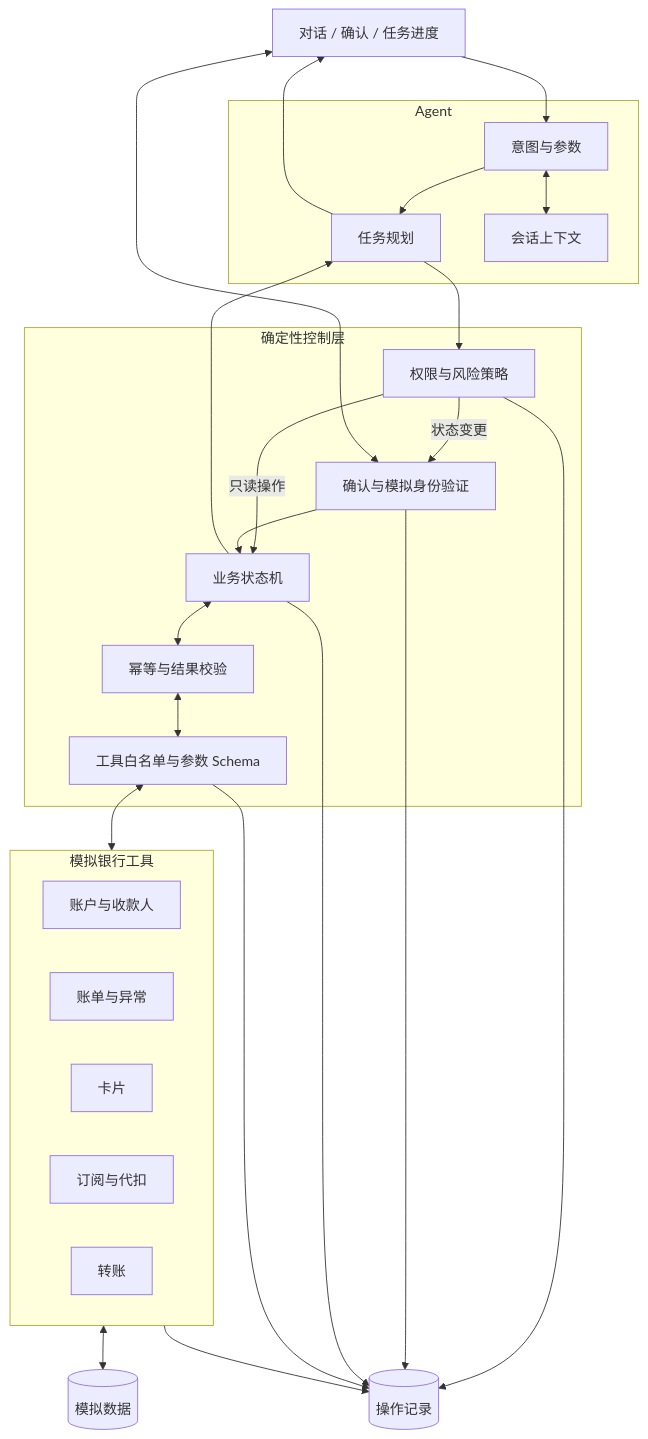
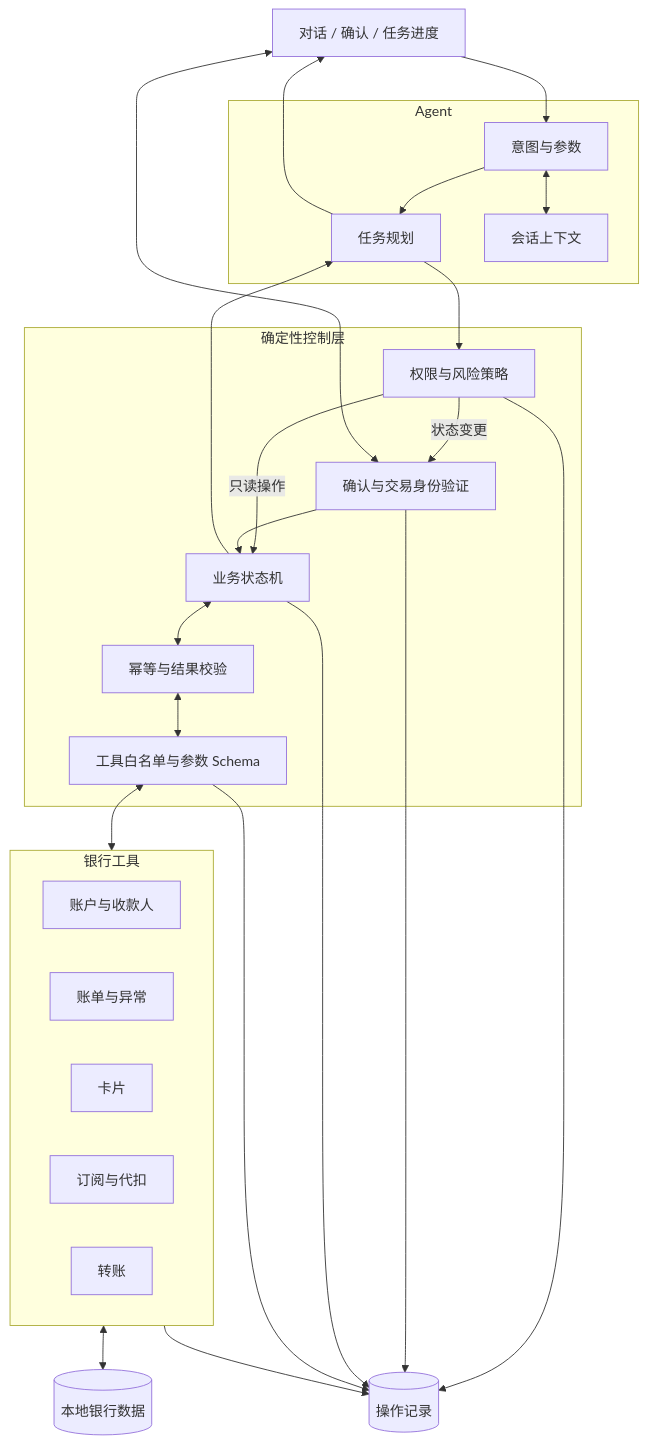
The third of 3 diagrams in README.md (Masterora/bankpilot-agent), drawn with Mermaid before and after one commit. The commit also changed other lines of this file and 84 other files, not shown here.

````diff
--- a/README.md
+++ b/README.md
@@ -92,49 +92,49 @@
 ```mermaid
 flowchart TB
     UI[对话 / 确认 / 任务进度]
 
     subgraph Agent
         NLU[意图与参数]
         PLAN[任务规划]
         CTX[会话上下文]
     end
 
     subgraph Control[确定性控制层]
         POLICY[权限与风险策略]
-        AUTH[确认与模拟身份验证]
+        AUTH[确认与交易身份验证]
         FLOW[业务状态机]
         IDEM[幂等与结果校验]
         GATE[工具白名单与参数 Schema]
     end
 
-    subgraph Tools[模拟银行工具]
+    subgraph Tools[银行工具]
         ACCOUNT[账户与收款人]
         BILL[账单与异常]
         CARD[卡片]
         DEBIT[订阅与代扣]
         TRANSFER[转账]
     end
 
-    DATA[(模拟数据)]
+    DATA[(本地银行数据)]
     AUDIT[(操作记录)]
 
     UI --> NLU
     NLU <--> CTX
     NLU --> PLAN
     PLAN --> POLICY
     POLICY -->|只读操作| FLOW
     POLICY -->|状态变更| AUTH
     UI <--> AUTH
     AUTH --> FLOW
     FLOW <--> IDEM
     IDEM <--> GATE
     GATE <--> Tools
     Tools <--> DATA
     Tools --> AUDIT
     POLICY --> AUDIT
     AUTH --> AUDIT
     FLOW --> AUDIT
     GATE --> AUDIT
     FLOW --> PLAN
     PLAN --> UI
 ```
````
